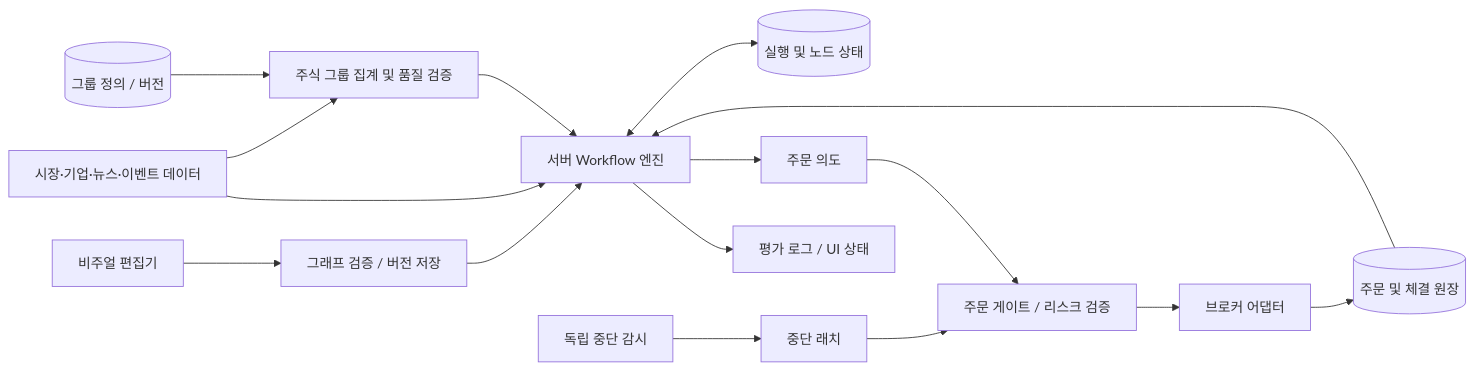
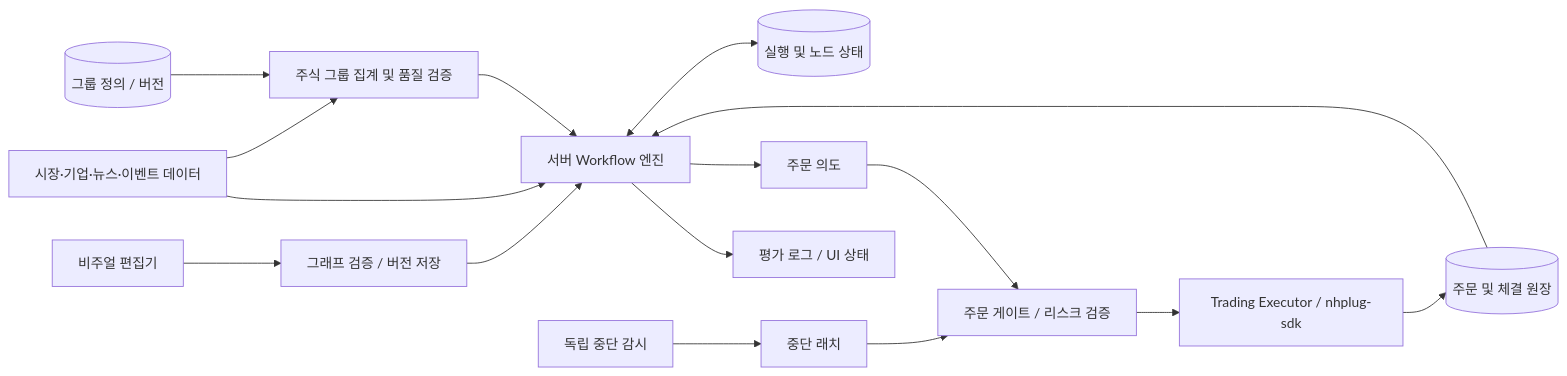
The second of 4 diagrams in docs/design/specification.md (ELSAPHABA/Auto-Axe), drawn with Mermaid before and after one commit. The commit also changed other lines of this file, not shown here.

Commit message:
docs: synchronize trading execution specifications with nhplug-sdk

````diff
--- a/docs/design/specification.md
+++ b/docs/design/specification.md
@@ -134,18 +134,18 @@
 ```mermaid
 flowchart LR
   U[비주얼 편집기] --> D[그래프 검증 / 버전 저장]
   D --> E[서버 Workflow 엔진]
   M[시장·기업·뉴스·이벤트 데이터] --> E
   M --> GM[주식 그룹 집계 및 품질 검증]
   GV[(그룹 정의 / 버전)] --> GM
   GM --> E
   E <--> S[(실행 및 노드 상태)]
   E --> I[주문 의도]
   X[독립 중단 감시] --> K[중단 래치]
   K --> R[주문 게이트 / 리스크 검증]
   I --> R
-  R --> B[브로커 어댑터]
+  R --> B[Trading Executor / nhplug-sdk]
   B --> L[(주문 및 체결 원장)]
   L --> E
   E --> A[평가 로그 / UI 상태]
 ```
````
